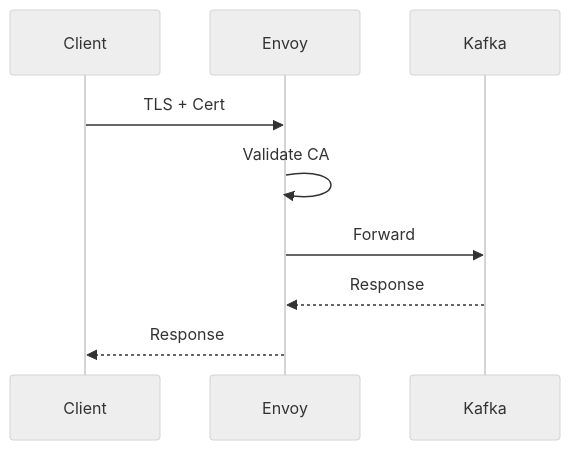
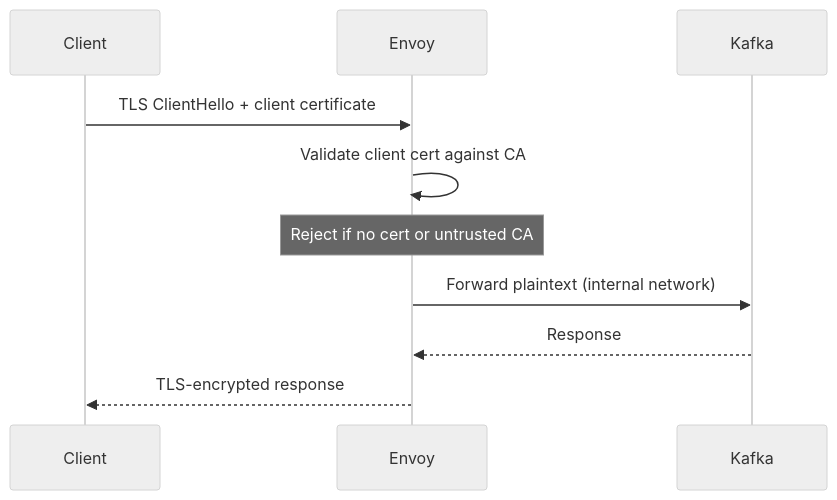
Before and after one commit to rajasekar21/kafka-kraft-envoy-platform: the first of 2 diagrams in README.md, drawn with Mermaid (neutral theme). The commit also changed other lines of this file, not shown here.

````diff
--- a/README.md
+++ b/README.md
@@ -64,8 +116,9 @@
-```mermaid id="arch02"
+```mermaid
 sequenceDiagram
-    Client->>Envoy: TLS + Cert
-    Envoy->>Envoy: Validate CA
-    Envoy->>Kafka: Forward
+    Client->>Envoy: TLS ClientHello + client certificate
+    Envoy->>Envoy: Validate client cert against CA
+    Note over Envoy: Reject if no cert or untrusted CA
+    Envoy->>Kafka: Forward plaintext (internal network)
     Kafka-->>Envoy: Response
-    Envoy-->>Client: Response
+    Envoy-->>Client: TLS-encrypted response
 ```
````
